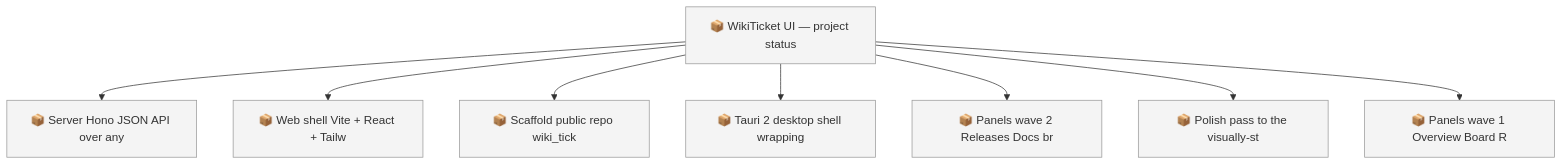
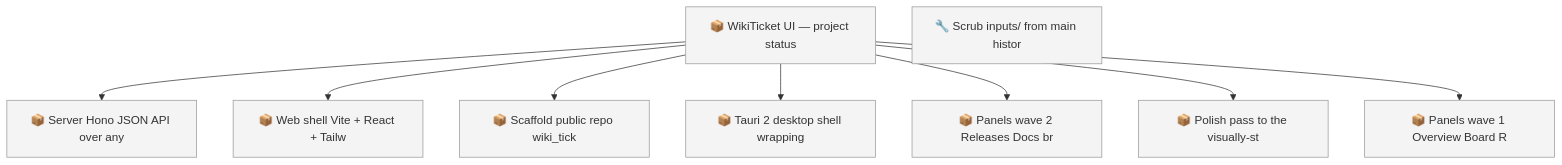
Before and after one commit to SpillwaveSolutions/wiki_ticket_sdd: the first of 2 diagrams in docs/roadmap.md, drawn with Mermaid. The commit also changed other lines of this file and 1 other file, not shown here.

First line of the commit message:
chore: record inputs/ history-scrub item

````diff
--- a/docs/roadmap.md
+++ b/docs/roadmap.md
@@ -45,20 +51,21 @@
 ```mermaid
 graph TD
     01KY111BC71KJGNH55CB2DWMKN["📦 Server Hono JSON API over any"]
     01KY111BC7B70C7M2RF1E57G17["📦 Web shell Vite + React + Tailw"]
     01KY111BC7NJ4BE7JBDK2P6Y56["📦 Scaffold public repo wiki_tick"]
     01KY111BC7PABV8W6SDNVQACSN["📦 WikiTicket UI — project status"]
     01KY111BC842N3J7Y7H85NHSEG["📦 Tauri 2 desktop shell wrapping"]
     01KY111BC88FS6QD49JADZ9CJ5["📦 Panels wave 2 Releases Docs br"]
     01KY111BC8F9BH0T3TERYEFC3C["📦 Polish pass to the visually-st"]
     01KY111BC8QJAS9KH7N368N6RF["📦 Panels wave 1 Overview Board R"]
+    01KY2KHHF43KAZ54F57BQW71TD["🔧 Scrub inputs/ from main histor"]
     01KY111BC7PABV8W6SDNVQACSN --> 01KY111BC71KJGNH55CB2DWMKN
     01KY111BC7PABV8W6SDNVQACSN --> 01KY111BC7B70C7M2RF1E57G17
     01KY111BC7PABV8W6SDNVQACSN --> 01KY111BC7NJ4BE7JBDK2P6Y56
     01KY111BC7PABV8W6SDNVQACSN --> 01KY111BC842N3J7Y7H85NHSEG
     01KY111BC7PABV8W6SDNVQACSN --> 01KY111BC88FS6QD49JADZ9CJ5
     01KY111BC7PABV8W6SDNVQACSN --> 01KY111BC8F9BH0T3TERYEFC3C
     01KY111BC7PABV8W6SDNVQACSN --> 01KY111BC8QJAS9KH7N368N6RF
     classDef todo fill:#f4f4f4,stroke:#999999
-    class 01KY111BC71KJGNH55CB2DWMKN,01KY111BC7B70C7M2RF1E57G17,01KY111BC7NJ4BE7JBDK2P6Y56,01KY111BC7PABV8W6SDNVQACSN,01KY111BC842N3J7Y7H85NHSEG,01KY111BC88FS6QD49JADZ9CJ5,01KY111BC8F9BH0T3TERYEFC3C,01KY111BC8QJAS9KH7N368N6RF todo
+    class 01KY111BC71KJGNH55CB2DWMKN,01KY111BC7B70C7M2RF1E57G17,01KY111BC7NJ4BE7JBDK2P6Y56,01KY111BC7PABV8W6SDNVQACSN,01KY111BC842N3J7Y7H85NHSEG,01KY111BC88FS6QD49JADZ9CJ5,01KY111BC8F9BH0T3TERYEFC3C,01KY111BC8QJAS9KH7N368N6RF,01KY2KHHF43KAZ54F57BQW71TD todo
 ```
````
